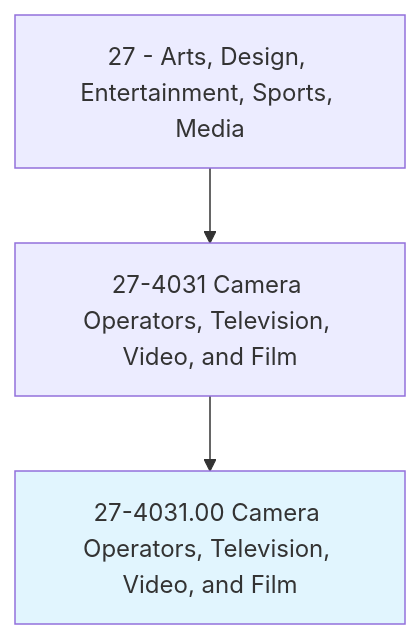
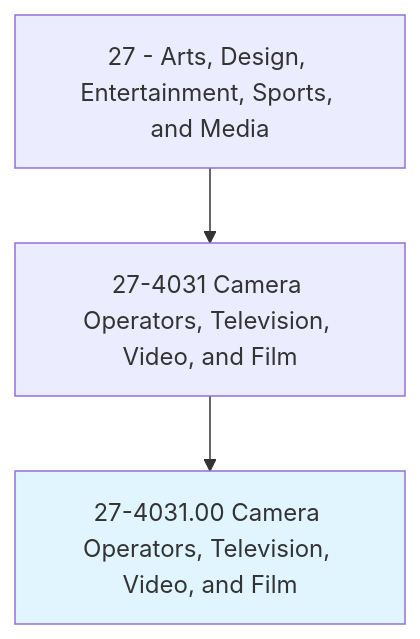
One commit to kziemski/business.org.ai changed the first of 4 diagrams in occupations/ArtsMedia/CameraOperatorsTelevisionVideoAndFilm.mdx. Above: the diagram before and after it, drawn with Mermaid. The commit also changed other lines of this file and 938 other files, not shown here.

````diff
--- a/occupations/ArtsMedia/CameraOperatorsTelevisionVideoAndFilm.mdx
+++ b/occupations/ArtsMedia/CameraOperatorsTelevisionVideoAndFilm.mdx
@@ -19,6 +23,6 @@
 ```mermaid
 graph TD
-    Cat27["27 - Arts, Design, Entertainment, Sports, Media"] --> Group274031["27-4031 Camera Operators, Television, Video, and Film"]
+    Cat27["27 - Arts, Design, Entertainment, Sports, and Media"] --> Group274031["27-4031 Camera Operators, Television, Video, and Film"]
     Group274031 --> Current["27-4031.00 Camera Operators, Television, Video, and Film"]
     style Current fill:#e1f5fe
 ```
````
